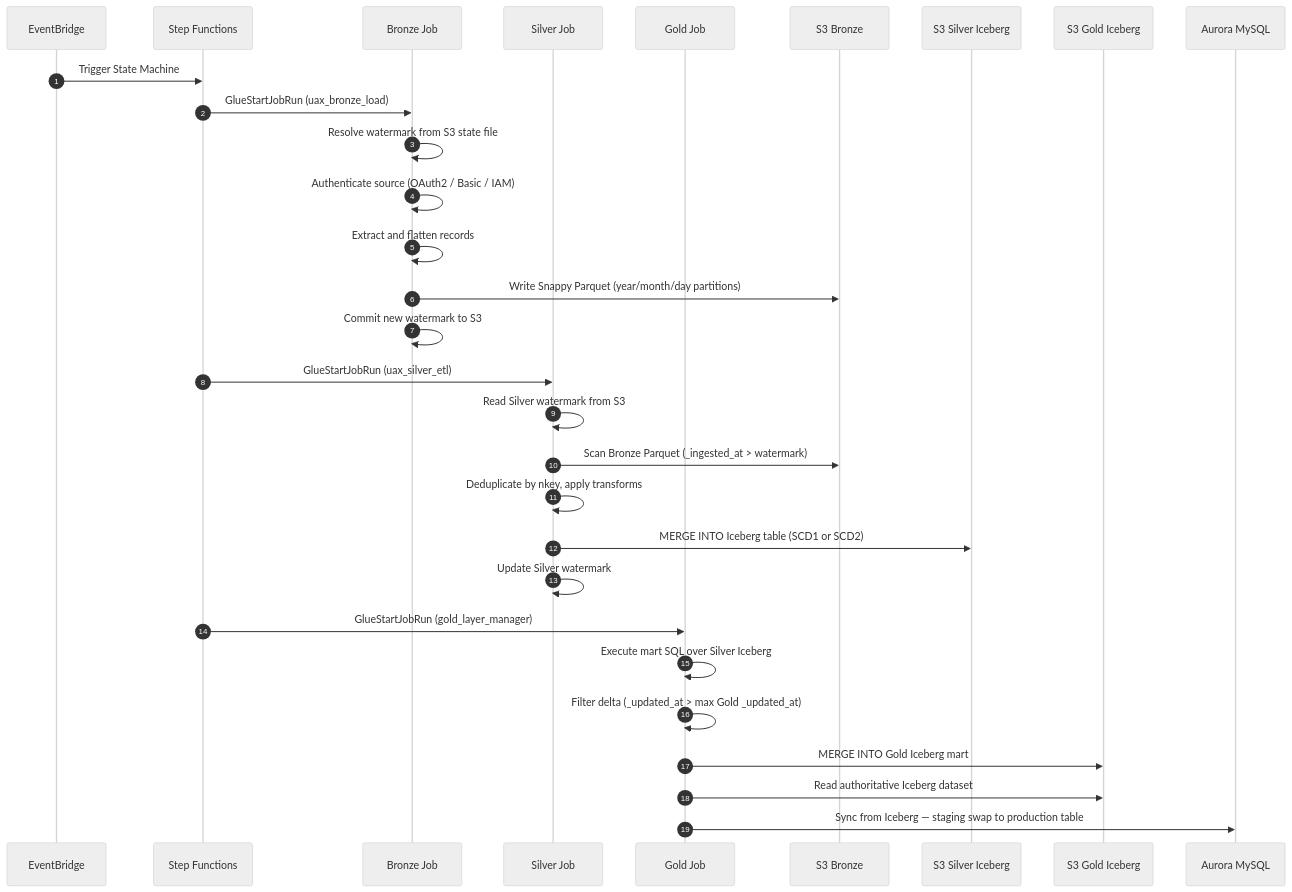
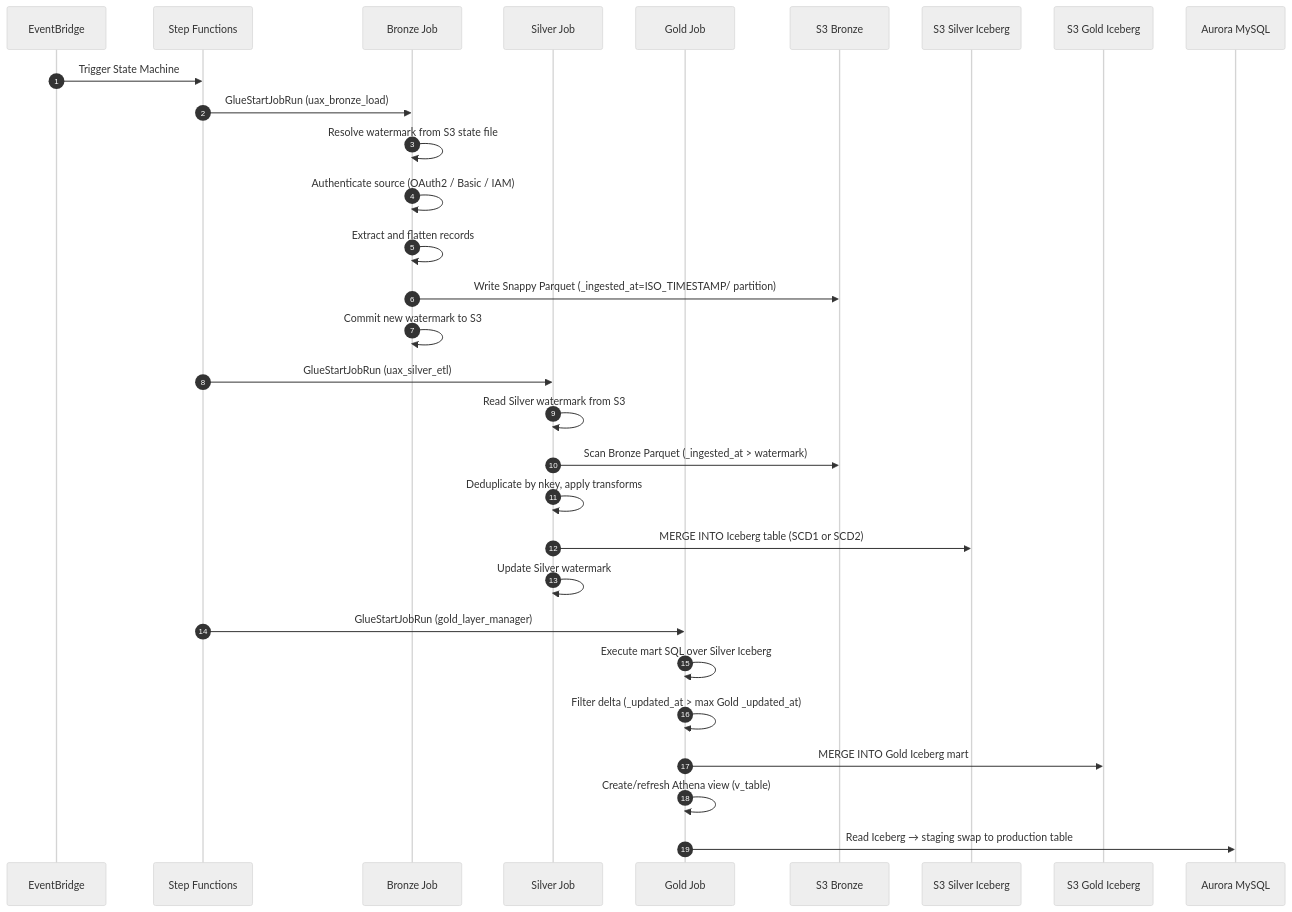
Before and after one commit to Nilkamal-m/Data-pipeline: the second of 2 diagrams in docs/ARCHITECTURE.md, drawn with Mermaid (neutral theme). The commit also changed other lines of this file, not shown here.

Commit message:
docs: Rewrite ARCHITECTURE.md Section 5 with expert-level details

````diff
--- a/docs/ARCHITECTURE.md
+++ b/docs/ARCHITECTURE.md
@@ -132,35 +131,35 @@
 ```mermaid
 sequenceDiagram
     autonumber
     participant EB as EventBridge
     participant SF as Step Functions
     participant BZ as Bronze Job
     participant SV as Silver Job
     participant GD as Gold Job
     participant S3B as S3 Bronze
     participant S3S as S3 Silver Iceberg
     participant S3G as S3 Gold Iceberg
     participant AURORA as Aurora MySQL
 
     EB->>SF: Trigger State Machine
     SF->>BZ: GlueStartJobRun (uax_bronze_load)
     BZ->>BZ: Resolve watermark from S3 state file
     BZ->>BZ: Authenticate source (OAuth2 / Basic / IAM)
     BZ->>BZ: Extract and flatten records
-    BZ->>S3B: Write Snappy Parquet (year/month/day partitions)
+    BZ->>S3B: Write Snappy Parquet (_ingested_at=ISO_TIMESTAMP/ partition)
     BZ->>BZ: Commit new watermark to S3
 
     SF->>SV: GlueStartJobRun (uax_silver_etl)
     SV->>SV: Read Silver watermark from S3
     SV->>S3B: Scan Bronze Parquet (_ingested_at > watermark)
     SV->>SV: Deduplicate by nkey, apply transforms
     SV->>S3S: MERGE INTO Iceberg table (SCD1 or SCD2)
     SV->>SV: Update Silver watermark
 
     SF->>GD: GlueStartJobRun (gold_layer_manager)
     GD->>GD: Execute mart SQL over Silver Iceberg
     GD->>GD: Filter delta (_updated_at > max Gold _updated_at)
     GD->>S3G: MERGE INTO Gold Iceberg mart
-    GD->>S3G: Read authoritative Iceberg dataset
-    GD->>AURORA: Sync from Iceberg — staging swap to production table
+    GD->>GD: Create/refresh Athena view (v_table)
+    GD->>AURORA: Read Iceberg → staging swap to production table
 ```
````
